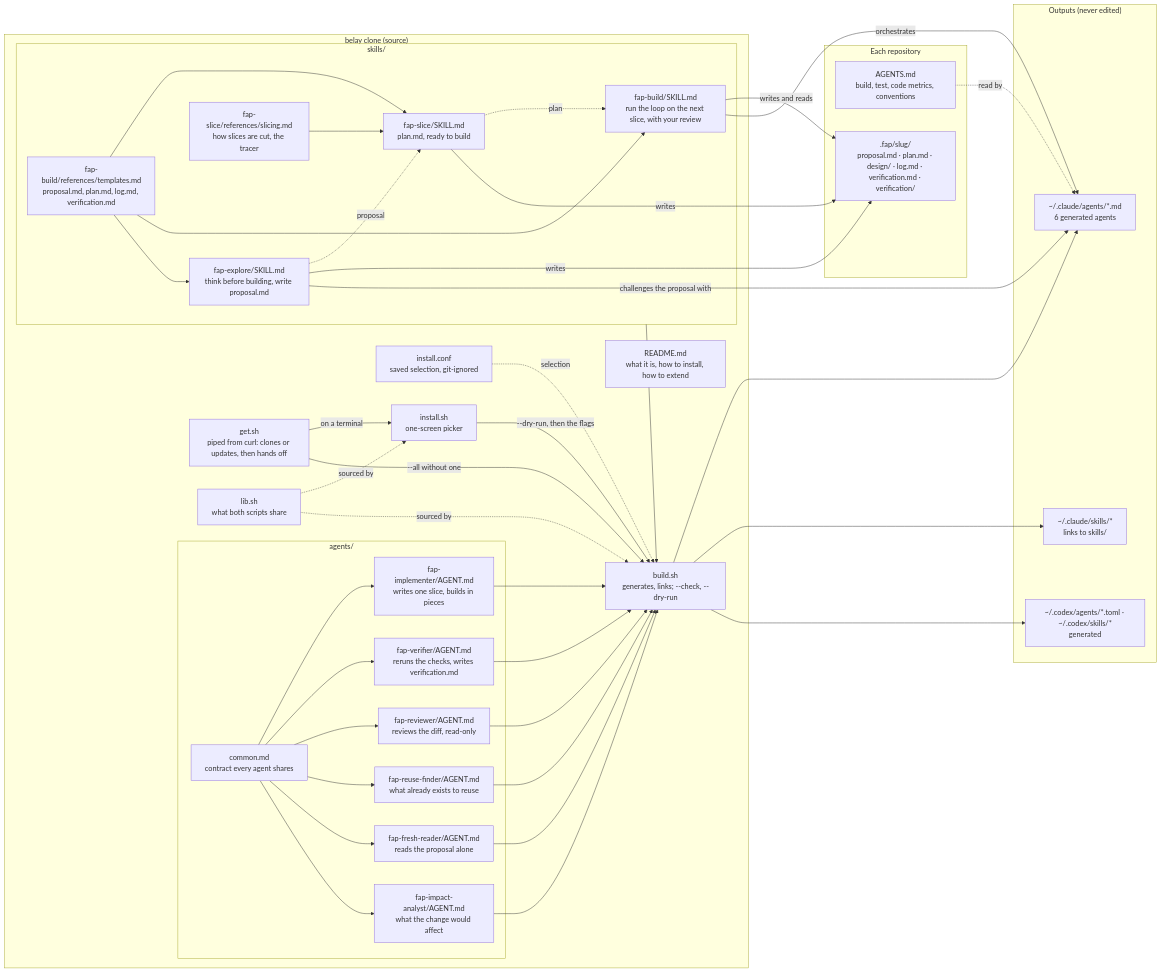
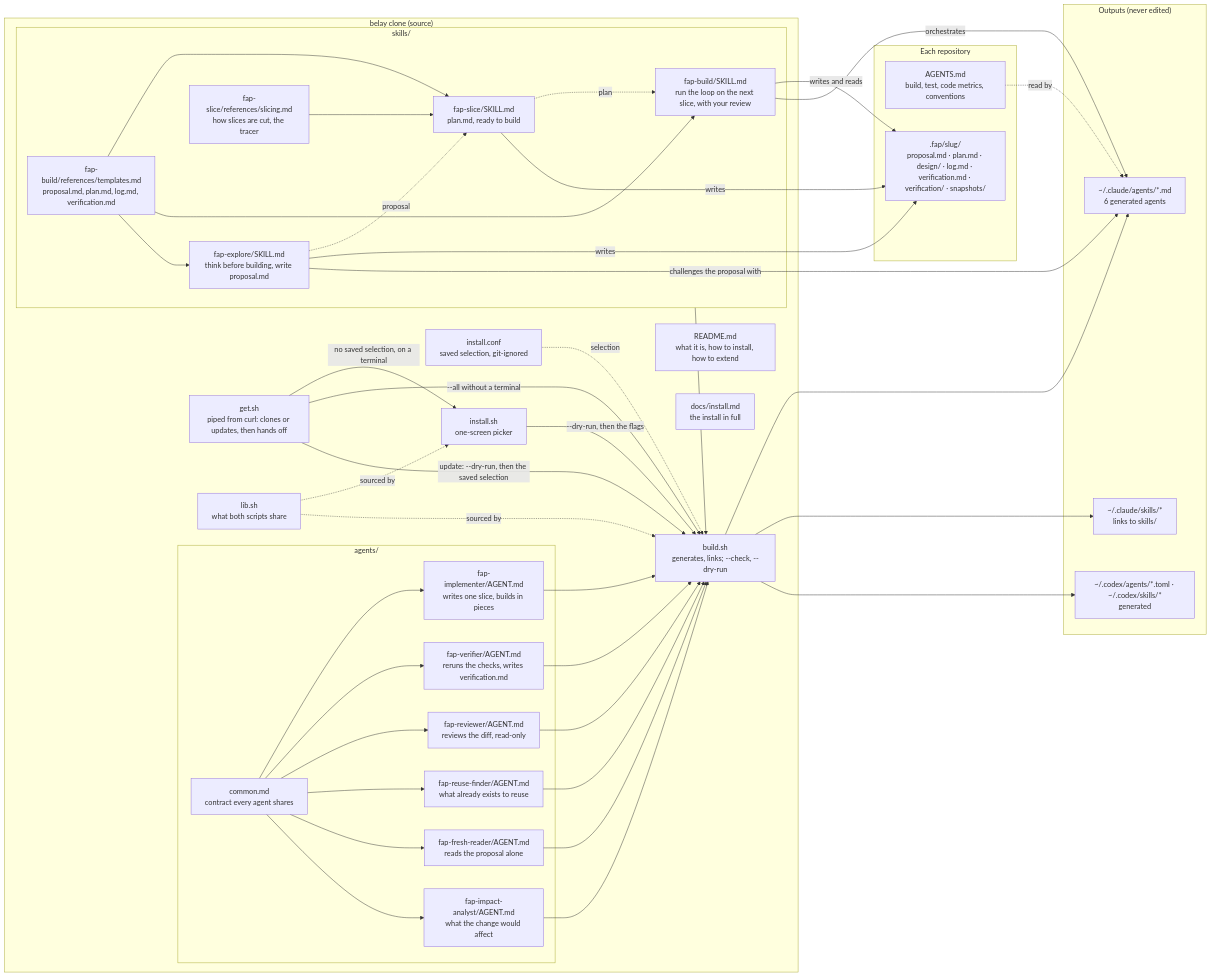
One commit to felipearpa/belay changed the first of 2 diagrams in docs/structure.md. Above: the diagram before and after it, drawn with Mermaid. The commit also changed other lines of this file, not shown here.

Commit message:
Clarify installation and completion workflows
Document saved-selection updates, snapshot storage, and final verification so users can follow the full development workflow.

````diff
--- a/docs/structure.md
+++ b/docs/structure.md
@@ -5,58 +5,60 @@
 ```mermaid
 flowchart LR
   subgraph SRC["belay clone (source)"]
     README["README.md<br/>what it is, how to install, how to extend"]
+    DOCI["docs/install.md<br/>the install in full"]
     GET["get.sh<br/>piped from curl: clones or updates, then hands off"]
     INSTALL["install.sh<br/>one-screen picker"]
     BUILD["build.sh<br/>generates, links; --check, --dry-run"]
     LIB["lib.sh<br/>what both scripts share"]
     CONF["install.conf<br/>saved selection, git-ignored"]
     subgraph AG["agents/"]
       COMMON["common.md<br/>contract every agent shares"]
       IMPL["fap-implementer/AGENT.md<br/>writes one slice, builds in pieces"]
       VER["fap-verifier/AGENT.md<br/>reruns the checks, writes verification.md"]
       REV["fap-reviewer/AGENT.md<br/>reviews the diff, read-only"]
       RF["fap-reuse-finder/AGENT.md<br/>what already exists to reuse"]
       FR["fap-fresh-reader/AGENT.md<br/>reads the proposal alone"]
       IA["fap-impact-analyst/AGENT.md<br/>what the change would affect"]
     end
     subgraph SK["skills/"]
       EXPL["fap-explore/SKILL.md<br/>think before building, write proposal.md"]
       PLAN["fap-slice/SKILL.md<br/>plan.md, ready to build"]
       FB["fap-build/SKILL.md<br/>run the loop on the next slice, with your review"]
       SLI["fap-slice/references/slicing.md<br/>how slices are cut, the tracer"]
       TPL["fap-build/references/templates.md<br/>proposal.md, plan.md, log.md, verification.md"]
     end
   end
 
   subgraph OUT["Outputs (never edited)"]
     CA["~/.claude/agents/*.md<br/>6 generated agents"]
     CS["~/.claude/skills/*<br/>links to skills/"]
     CX["~/.codex/agents/*.toml · ~/.codex/skills/*<br/>generated"]
   end
 
   subgraph REPO["Each repository"]
     AGENTS["AGENTS.md<br/>build, test, code metrics, conventions"]
-    FAP[".fap/slug/<br/>proposal.md · plan.md · design/ · log.md · verification.md · verification/"]
+    FAP[".fap/slug/<br/>proposal.md · plan.md · design/ · log.md · verification.md · verification/ · snapshots/"]
   end
 
   COMMON --> IMPL & VER & REV & RF & FR & IA
   IMPL & VER & REV & RF & FR & IA --> BUILD --> CA
   SK --> BUILD --> CS
   BUILD --> CX
-  GET -- "on a terminal" --> INSTALL
-  GET -- "--all without one" --> BUILD
+  GET -- "no saved selection, on a terminal" --> INSTALL
+  GET -- "--all without a terminal" --> BUILD
+  GET -- "update: --dry-run, then the saved selection" --> BUILD
   INSTALL -- "--dry-run, then the flags" --> BUILD
   CONF -. "selection" .-> BUILD
   LIB -. "sourced by" .-> INSTALL & BUILD
   SLI & TPL --> PLAN
   TPL --> FB & EXPL
   PLAN -. "plan" .-> FB
   EXPL -. "proposal" .-> PLAN
   EXPL -- "writes" --> FAP
   EXPL -- "challenges the proposal with" --> CA
   PLAN -- "writes" --> FAP
   FB -- "writes and reads" --> FAP
   FB -- "orchestrates" --> CA
   AGENTS -. "read by" .-> CA
 ```
````
